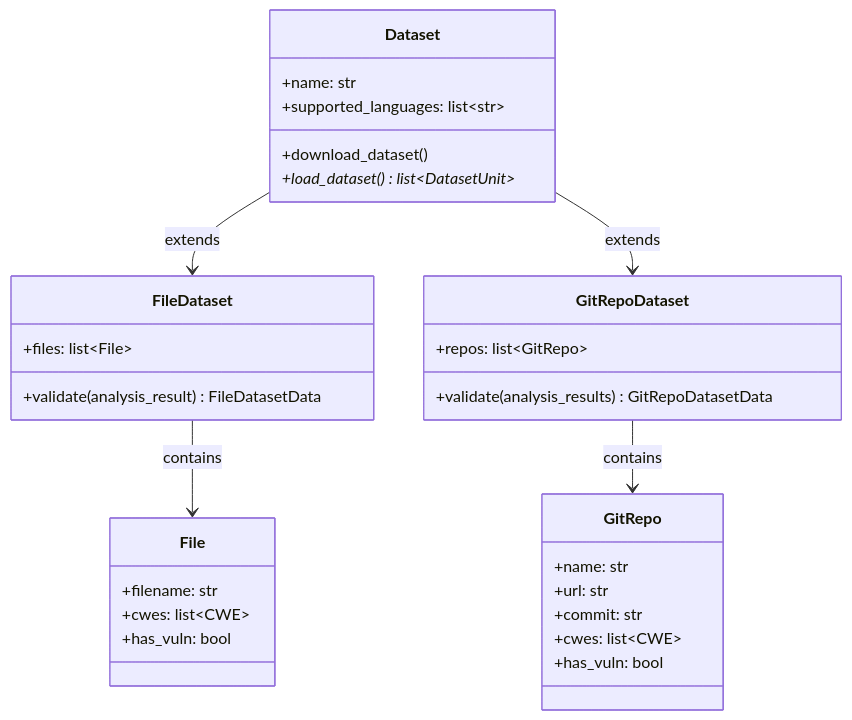
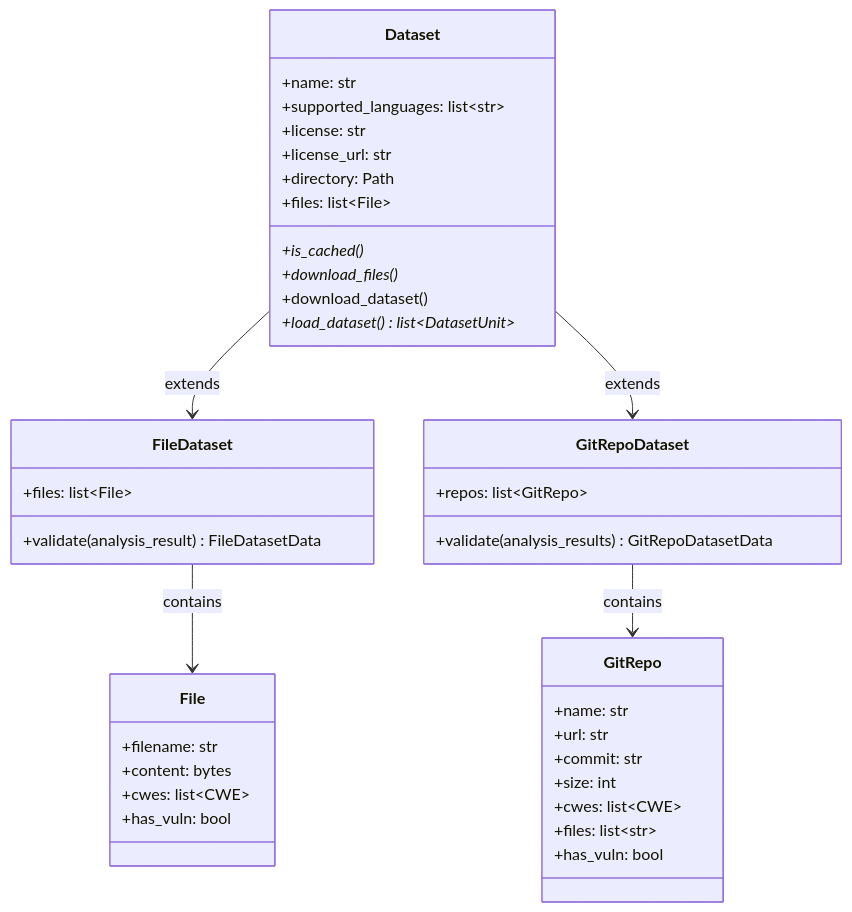
Before and after one commit to OPPIDA/CodeSecTools: the diagram in docs/dataset/index.md, drawn with Mermaid. The commit also changed 1 other file, not shown here.

Commit message:
Add missing methods and attributes

````diff
--- a/docs/dataset/index.md
+++ b/docs/dataset/index.md
@@ -16,33 +16,42 @@
 ```mermaid
 classDiagram
     class Dataset {
         +name: str
         +supported_languages: list~str~
+        +license: str
+        +license_url: str
+        +directory: Path
+        +files: list~File~
+        +is_cached()*
+        +download_files()*
         +download_dataset()
         +load_dataset()* list~DatasetUnit~
     }
     class FileDataset {
         +files: list~File~
         +validate(analysis_result) FileDatasetData
     }
     class GitRepoDataset {
         +repos: list~GitRepo~
         +validate(analysis_results) GitRepoDatasetData
     }
     class File {
         +filename: str
+        +content: bytes
         +cwes: list~CWE~
         +has_vuln: bool
     }
     class GitRepo {
         +name: str
         +url: str
         +commit: str
+        +size: int
         +cwes: list~CWE~
+        +files: list~str~
         +has_vuln: bool
     }
     Dataset --> FileDataset : extends
     Dataset --> GitRepoDataset : extends
     FileDataset --> File : contains
     GitRepoDataset --> GitRepo : contains
 ```
````
